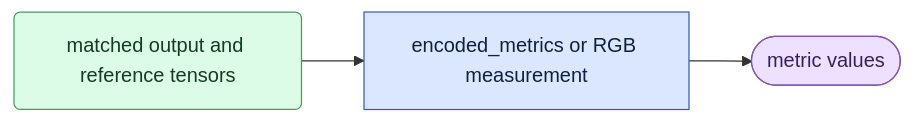
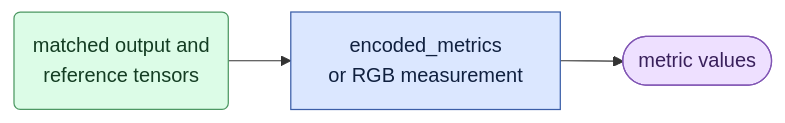
One commit to AtlantixJJ/LTX-2 changed the diagram in scripts/onestep_avatar/doc/metrics.md. Above: the diagram before and after it, drawn with Mermaid. The commit also changed other lines of this file and 161 other files, not shown here.

````diff
--- a/scripts/onestep_avatar/doc/metrics.md
+++ b/scripts/onestep_avatar/doc/metrics.md
@@ -11,11 +11,11 @@
 ```mermaid
 flowchart LR
-  T("matched output and reference tensors") --> M["encoded_metrics or RGB measurement"]
+  T("matched output and<br/>reference tensors") --> M["encoded_metrics<br/>or RGB measurement"]
   M --> R(["metric values"])
   classDef proc fill:#dbe7ff,stroke:#3b5ea8,color:#10203f;
   classDef tensor fill:#dcfce7,stroke:#4d9863,color:#143d23;
   classDef output fill:#eee0ff,stroke:#8156b4,color:#39205b;
   class M proc;
   class T tensor;
   class R output;
 ```
````
